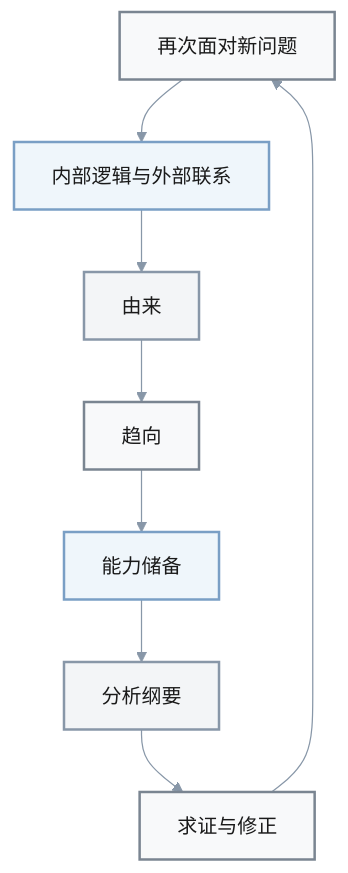
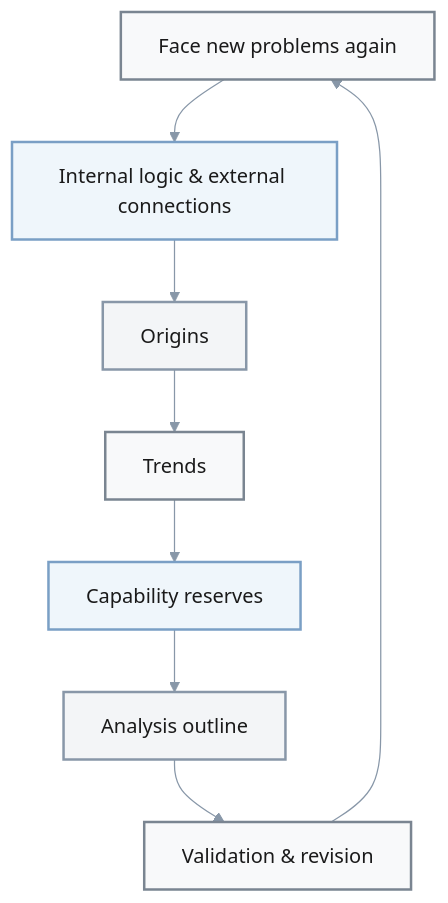
Before and after one commit to ljg-cqu/knowledge: the second of 2 diagrams in Prompts/Analysis/Nine_Aspects_Analysis.md, drawn with Mermaid. The commit also changed other lines of this file and 2 other files, not shown here.

````diff
--- a/Prompts/Analysis/Nine_Aspects_Analysis.md
+++ b/Prompts/Analysis/Nine_Aspects_Analysis.md
@@ -610,33 +657,33 @@
 ```mermaid
 %%{init: {
   "theme": "base",
   "themeVariables": {
     "primaryColor": "#f8f9fa",
     "primaryTextColor": "#1a1a1a",
     "primaryBorderColor": "#7a8591",
     "lineColor": "#8897a8",
     "secondaryColor": "#eff6fb",
     "tertiaryColor": "#f3f5f7",
     "background": "#ffffff",
     "mainBkg": "#f8f9fa",
     "clusterBkg": "#f3f5f7",
     "clusterBorder": "#8897a8",
     "edgeLabelBackground": "#ffffff"
   }
 }}%%
 graph TD
-  A[界定问题] --> B[内部逻辑与外部联系]
-  B --> C[由来]
-  C --> D[趋向]
-  D --> E[能力储备]
-  E --> F[分析纲要]
-  F --> G[求证与修正]
-  G --> A[再次面对新问题]
+  A[Clarify the problem] --> B[Internal logic & external connections]
+  B --> C[Origins]
+  C --> D[Trends]
+  D --> E[Capability reserves]
+  E --> F[Analysis outline]
+  F --> G[Validation & revision]
+  G --> A[Face new problems again]
   style A fill:#f8f9fa,stroke:#7a8591,stroke-width:2px,color:#1a1a1a
   style B fill:#eff6fb,stroke:#7a9fc5,stroke-width:2px,color:#1a1a1a
   style C fill:#f3f5f7,stroke:#8897a8,stroke-width:2px,color:#1a1a1a
   style D fill:#f8f9fa,stroke:#7a8591,stroke-width:2px,color:#1a1a1a
   style E fill:#eff6fb,stroke:#7a9fc5,stroke-width:2px,color:#1a1a1a
   style F fill:#f3f5f7,stroke:#8897a8,stroke-width:2px,color:#1a1a1a
   style G fill:#f8f9fa,stroke:#7a8591,stroke-width:2px,color:#1a1a1a
 ```
````
